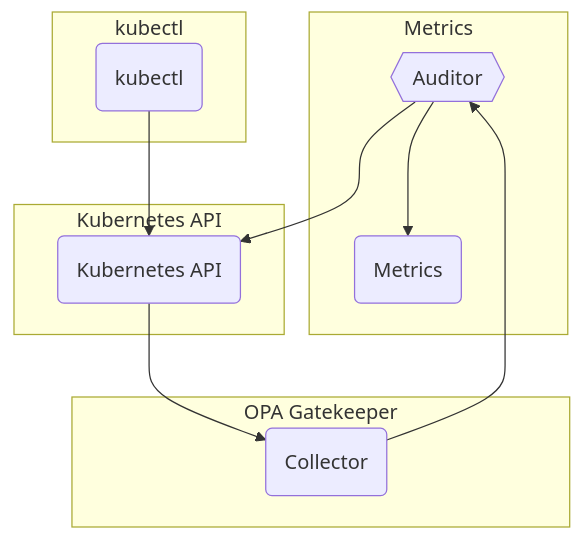
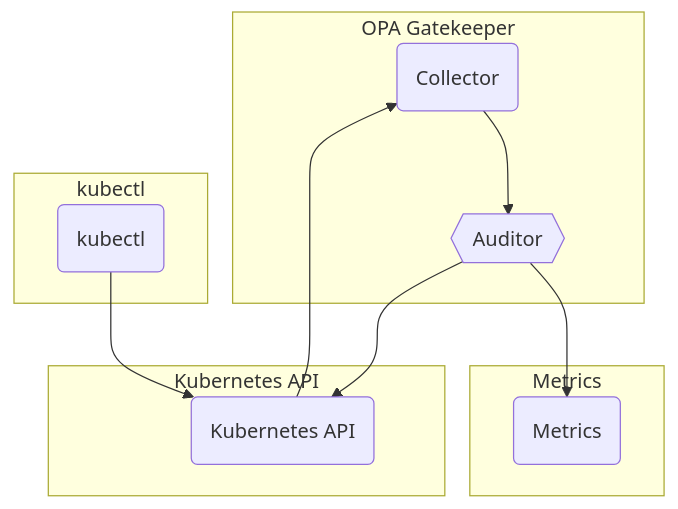
One commit to rjferguson21/big-bang changed the diagram in charter/packages/opa-gatekeeper/Architecture.md. Above: the diagram before and after it, drawn with Mermaid.

````diff
--- a/charter/packages/opa-gatekeeper/Architecture.md
+++ b/charter/packages/opa-gatekeeper/Architecture.md
@@ -9,20 +9,20 @@
 ```mermaid
 graph TB
+  subgraph "OPA Gatekeeper"
+    collector("Collector") --> auditor{{Auditor}}
+  end      
+
   subgraph "Metrics"
     auditor{{Auditor}} --> metrics("Metrics")
   end
-  
-  subgraph "OPA Gatekeeper"
-    collector("Collector") --> auditor{{Auditor}}
-  end      
 
   subgraph "Kubernetes API"
     api("Kubernetes API") --> collector("Collector")
     auditor{{Auditor}} --> api("Kubernetes API")
   end
 
   subgraph "kubectl"
     ctl("kubectl") --> api("Kubernetes API")
   end
 
 ```
````
